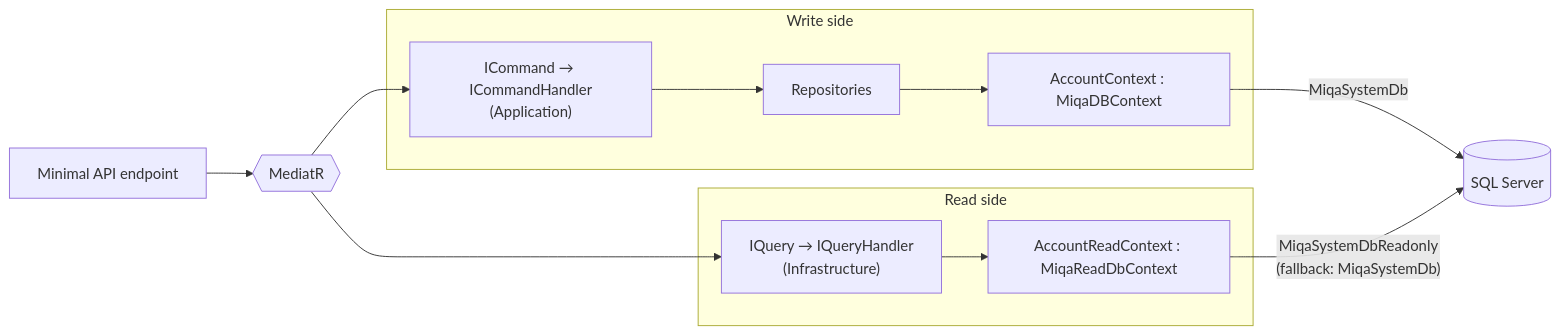
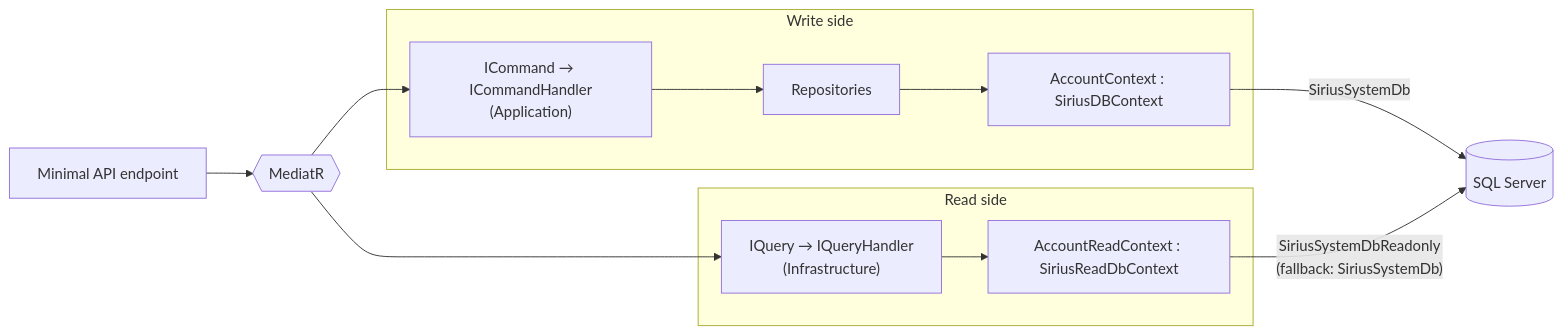
Before and after one commit to miquelalcaraz/Labs.ServicePlatform: the diagram in docs/architecture/08-cqrs-read-model.md, drawn with Mermaid. The commit also changed other lines of this file and 1114 other files, not shown here.

Commit message:
refactor: rename namespaces from Miqa to Sirius

````diff
--- a/docs/architecture/08-cqrs-read-model.md
+++ b/docs/architecture/08-cqrs-read-model.md
@@ -10,17 +10,17 @@
 ```mermaid
 flowchart LR
     API["Minimal API endpoint"] --> MED{{"MediatR"}}
 
     subgraph WRITE["Write side"]
-        CMD["ICommand → ICommandHandler<br/>(Application)"] --> REPO["Repositories"] --> WCTX["AccountContext : MiqaDBContext"]
+        CMD["ICommand → ICommandHandler<br/>(Application)"] --> REPO["Repositories"] --> WCTX["AccountContext : SiriusDBContext"]
     end
 
     subgraph READ["Read side"]
-        QRY["IQuery → IQueryHandler<br/>(Infrastructure)"] --> RCTX["AccountReadContext : MiqaReadDbContext"]
+        QRY["IQuery → IQueryHandler<br/>(Infrastructure)"] --> RCTX["AccountReadContext : SiriusReadDbContext"]
     end
 
     MED --> CMD
     MED --> QRY
-    WCTX -- "MiqaSystemDb" --> DB[("SQL Server")]
-    RCTX -- "MiqaSystemDbReadonly<br/>(fallback: MiqaSystemDb)" --> DB
+    WCTX -- "SiriusSystemDb" --> DB[("SQL Server")]
+    RCTX -- "SiriusSystemDbReadonly<br/>(fallback: SiriusSystemDb)" --> DB
 ```
````
